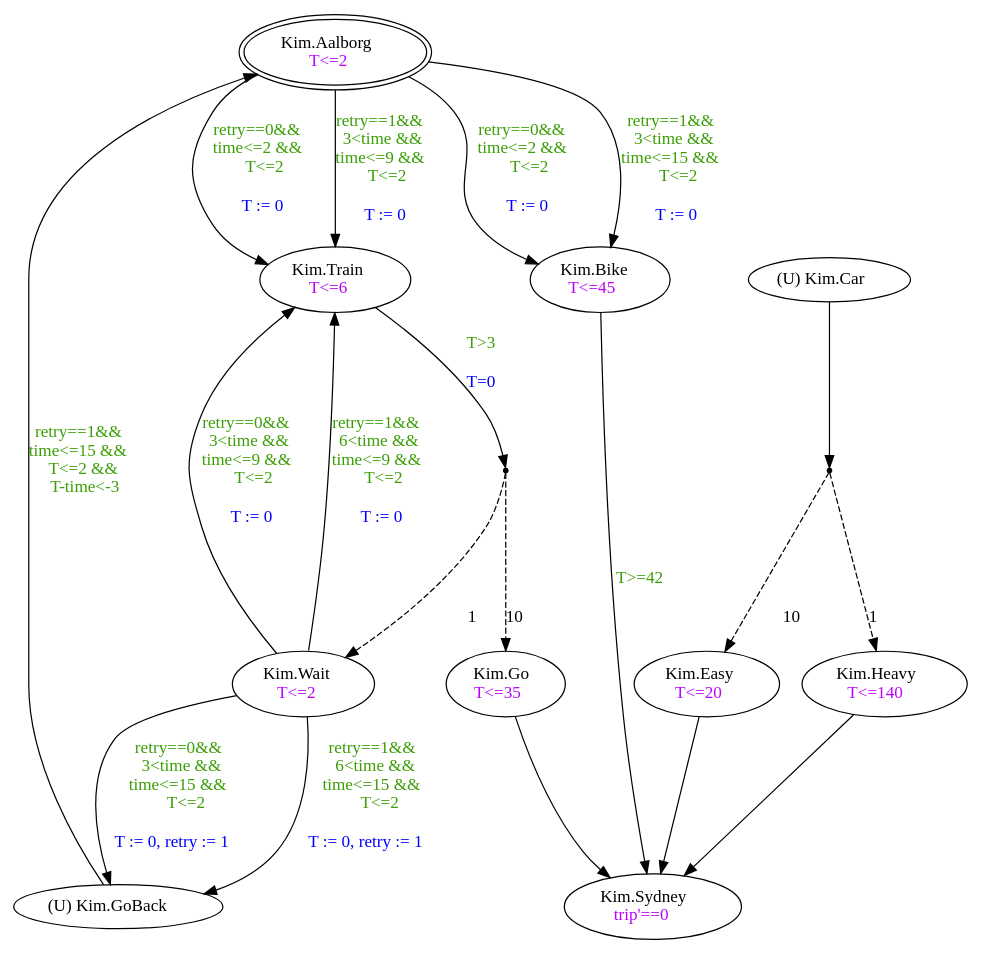
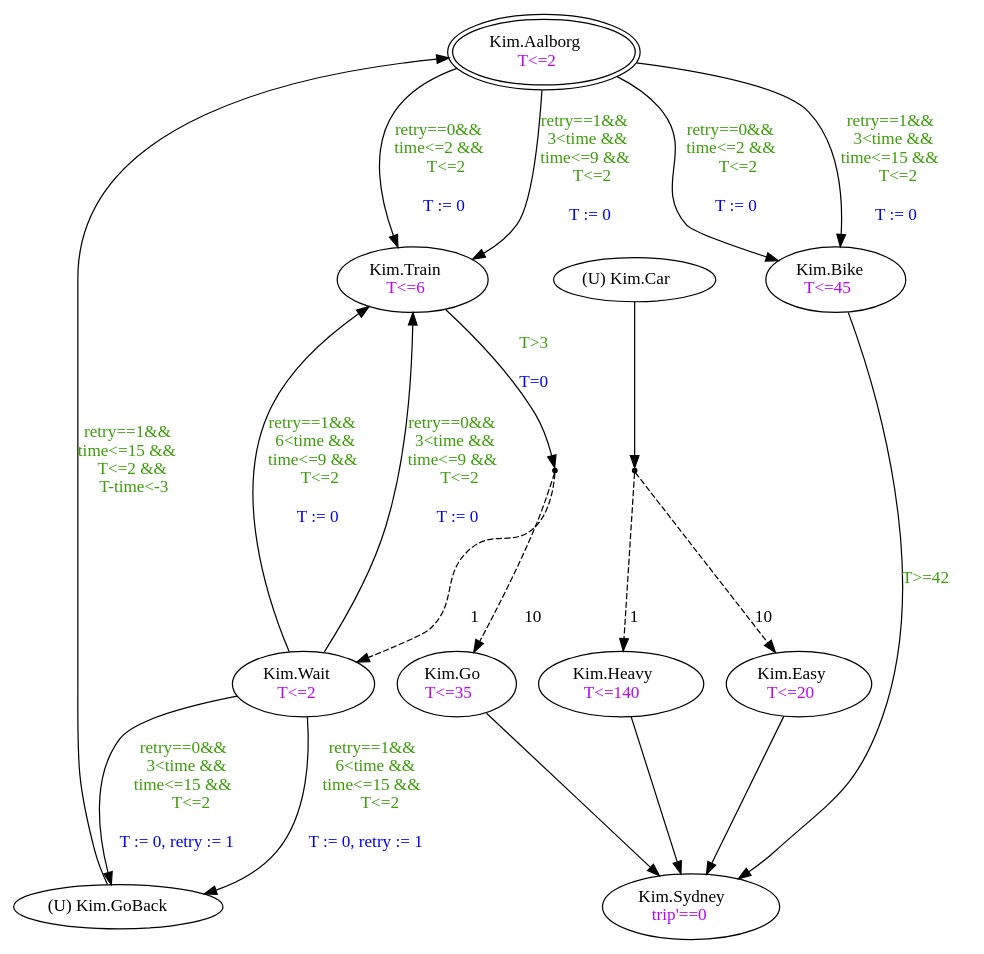
One commit to LesLivia/StrategyViz changed the diagram in resources/ptas/gosafe.gv. Above: the diagram before and after it, drawn with Graphviz. The commit also changed other lines of this file and 6 other files, not shown here.

```diff
--- a/resources/ptas/gosafe.gv
+++ b/resources/ptas/gosafe.gv
@@ -1,33 +1,33 @@
 digraph gosafe {
+	"Kim.Easy" [label=<Kim.Easy<BR/><font color='#ba03fc'>T&lt;=20</font>>]
+	"Kim.Train" [label=<Kim.Train<BR/><font color='#ba03fc'>T&lt;=6</font>>]
+	"Kim.Bike" [label=<Kim.Bike<BR/><font color='#ba03fc'>T&lt;=45</font>>]
+	"Kim.Wait" [label=<Kim.Wait<BR/><font color='#ba03fc'>T&lt;=2</font>>]
+	"Kim.Aalborg" [label=<Kim.Aalborg<BR/><font color='#ba03fc'>T&lt;=2</font>> peripheries=2]
+	"Kim.Heavy" [label=<Kim.Heavy<BR/><font color='#ba03fc'>T&lt;=140</font>>]
 	"Kim.Go" [label=<Kim.Go<BR/><font color='#ba03fc'>T&lt;=35</font>>]
 	"Kim.GoBack" [label=<(U) Kim.GoBack<BR/>>]
-	"Kim.Bike" [label=<Kim.Bike<BR/><font color='#ba03fc'>T&lt;=45</font>>]
-	"Kim.Heavy" [label=<Kim.Heavy<BR/><font color='#ba03fc'>T&lt;=140</font>>]
-	"Kim.Aalborg" [label=<Kim.Aalborg<BR/><font color='#ba03fc'>T&lt;=2</font>> peripheries=2]
-	"Kim.Wait" [label=<Kim.Wait<BR/><font color='#ba03fc'>T&lt;=2</font>>]
-	"Kim.Train" [label=<Kim.Train<BR/><font color='#ba03fc'>T&lt;=6</font>>]
 	"Kim.Car" [label=<(U) Kim.Car<BR/>>]
 	"Kim.Sydney" [label=<Kim.Sydney<BR/><font color='#ba03fc'>trip'==0</font>>]
-	"Kim.Easy" [label=<Kim.Easy<BR/><font color='#ba03fc'>T&lt;=20</font>>]
+	"Kim.Easy" -> "Kim.Sydney" [label=<<BR/><BR/>>]
+	"Kim.Aalborg" -> "Kim.Bike" [label=<<font color='#3a9e05'>retry==1&amp;&amp;<BR/>3&lt;time &amp;&amp;<BR/>time&lt;=15 &amp;&amp;<BR/>T&lt;=2</font><BR/><BR/><font color='blue'> T := 0<BR/></font>>]
+	"Kim.Wait" -> "Kim.Train" [label=<<font color='#3a9e05'>retry==1&amp;&amp;<BR/>6&lt;time &amp;&amp;<BR/>time&lt;=9 &amp;&amp;<BR/>T&lt;=2</font><BR/><BR/><font color='blue'> T := 0<BR/></font>>]
+	"Kim.Aalborg" -> "Kim.Train" [label=<<font color='#3a9e05'>retry==1&amp;&amp;<BR/>3&lt;time &amp;&amp;<BR/>time&lt;=9 &amp;&amp;<BR/>T&lt;=2</font><BR/><BR/><font color='blue'> T := 0<BR/></font>>]
+	"Kim.Wait" -> "Kim.Train" [label=<<font color='#3a9e05'>retry==0&amp;&amp;<BR/>3&lt;time &amp;&amp;<BR/>time&lt;=9 &amp;&amp;<BR/>T&lt;=2</font><BR/><BR/><font color='blue'> T := 0<BR/></font>>]
+	"Kim.Bike" -> "Kim.Sydney" [label=<<font color='#3a9e05'>T&gt;=42</font><BR/><BR/>>]
+	"Kim.Heavy" -> "Kim.Sydney" [label=<<BR/><BR/>>]
+	id11 -> "Kim.Heavy" [label=<<BR/><BR/><BR/>1> style=dashed]
+	"Kim.Aalborg" -> "Kim.Bike" [label=<<font color='#3a9e05'>retry==0&amp;&amp;<BR/>time&lt;=2 &amp;&amp;<BR/>T&lt;=2</font><BR/><BR/><font color='blue'> T := 0<BR/></font>>]
+	"Kim.Aalborg" -> "Kim.Train" [label=<<font color='#3a9e05'>retry==0&amp;&amp;<BR/>time&lt;=2 &amp;&amp;<BR/>T&lt;=2</font><BR/><BR/><font color='blue'> T := 0<BR/></font>>]
 	"Kim.Car" -> id11 [label=<<BR/><BR/>>]
+	"Kim.Wait" -> "Kim.GoBack" [label=<<font color='#3a9e05'>retry==0&amp;&amp;<BR/>3&lt;time &amp;&amp;<BR/>time&lt;=15 &amp;&amp;<BR/>T&lt;=2</font><BR/><BR/><font color='blue'> T := 0, retry := 1<BR/></font>>]
+	id10 -> "Kim.Go" [label=<<BR/><BR/><BR/>10> style=dashed]
+	"Kim.Train" -> id10 [label=<<font color='#3a9e05'>T&gt;3</font><BR/><BR/><font color='blue'>T=0</font>>]
 	"Kim.Go" -> "Kim.Sydney" [label=<<BR/><BR/>>]
-	"Kim.Aalborg" -> "Kim.Train" [label=<<font color='#3a9e05'>retry==1&amp;&amp;<BR/>3&lt;time &amp;&amp;<BR/>time&lt;=9 &amp;&amp;<BR/>T&lt;=2</font><BR/><BR/><font color='blue'> T := 0<BR/></font>>]
-	id10 -> "Kim.Go" [label=<<BR/><BR/><BR/>10> style=dashed]
 	"Kim.GoBack" -> "Kim.Aalborg" [label=<<font color='#3a9e05'>retry==1&amp;&amp;<BR/>time&lt;=15 &amp;&amp;<BR/>T&lt;=2 &amp;&amp;<BR/>T-time&lt;-3</font><BR/><BR/>>]
-	"Kim.Aalborg" -> "Kim.Train" [label=<<font color='#3a9e05'>retry==0&amp;&amp;<BR/>time&lt;=2 &amp;&amp;<BR/>T&lt;=2</font><BR/><BR/><font color='blue'> T := 0<BR/></font>>]
-	"Kim.Bike" -> "Kim.Sydney" [label=<<font color='#3a9e05'>T&gt;=42</font><BR/><BR/>>]
 	id11 -> "Kim.Easy" [label=<<BR/><BR/><BR/>10> style=dashed]
-	"Kim.Train" -> id10 [label=<<font color='#3a9e05'>T&gt;3</font><BR/><BR/><font color='blue'>T=0</font>>]
-	"Kim.Aalborg" -> "Kim.Bike" [label=<<font color='#3a9e05'>retry==1&amp;&amp;<BR/>3&lt;time &amp;&amp;<BR/>time&lt;=15 &amp;&amp;<BR/>T&lt;=2</font><BR/><BR/><font color='blue'> T := 0<BR/></font>>]
 	"Kim.Wait" -> "Kim.GoBack" [label=<<font color='#3a9e05'>retry==1&amp;&amp;<BR/>6&lt;time &amp;&amp;<BR/>time&lt;=15 &amp;&amp;<BR/>T&lt;=2</font><BR/><BR/><font color='blue'> T := 0, retry := 1<BR/></font>>]
-	"Kim.Easy" -> "Kim.Sydney" [label=<<BR/><BR/>>]
-	"Kim.Wait" -> "Kim.Train" [label=<<font color='#3a9e05'>retry==1&amp;&amp;<BR/>6&lt;time &amp;&amp;<BR/>time&lt;=9 &amp;&amp;<BR/>T&lt;=2</font><BR/><BR/><font color='blue'> T := 0<BR/></font>>]
-	"Kim.Wait" -> "Kim.GoBack" [label=<<font color='#3a9e05'>retry==0&amp;&amp;<BR/>3&lt;time &amp;&amp;<BR/>time&lt;=15 &amp;&amp;<BR/>T&lt;=2</font><BR/><BR/><font color='blue'> T := 0, retry := 1<BR/></font>>]
-	id11 -> "Kim.Heavy" [label=<<BR/><BR/><BR/>1> style=dashed]
-	"Kim.Wait" -> "Kim.Train" [label=<<font color='#3a9e05'>retry==0&amp;&amp;<BR/>3&lt;time &amp;&amp;<BR/>time&lt;=9 &amp;&amp;<BR/>T&lt;=2</font><BR/><BR/><font color='blue'> T := 0<BR/></font>>]
-	"Kim.Heavy" -> "Kim.Sydney" [label=<<BR/><BR/>>]
-	"Kim.Aalborg" -> "Kim.Bike" [label=<<font color='#3a9e05'>retry==0&amp;&amp;<BR/>time&lt;=2 &amp;&amp;<BR/>T&lt;=2</font><BR/><BR/><font color='blue'> T := 0<BR/></font>>]
 	id10 -> "Kim.Wait" [label=<<BR/><BR/><BR/>1> style=dashed]
 	id10 [shape=point]
 	id11 [shape=point]
 }
```
